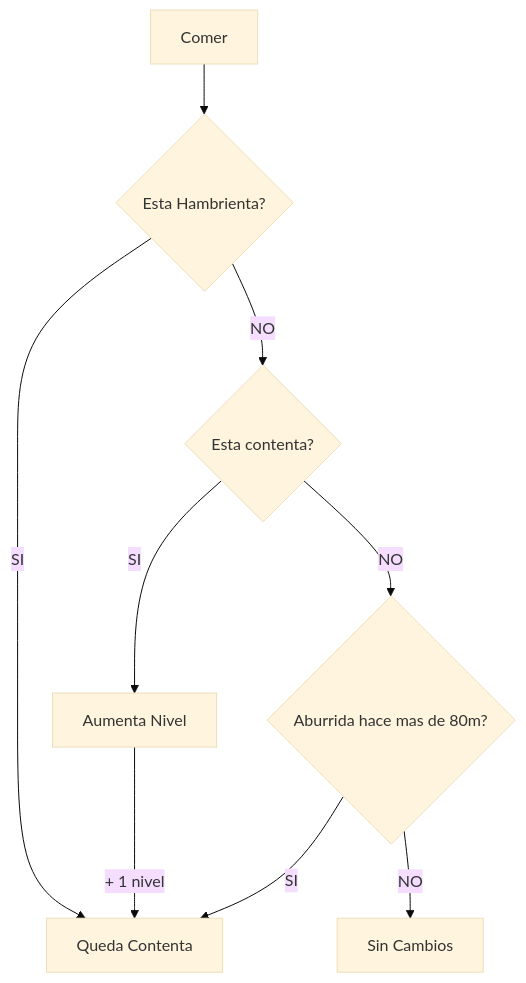
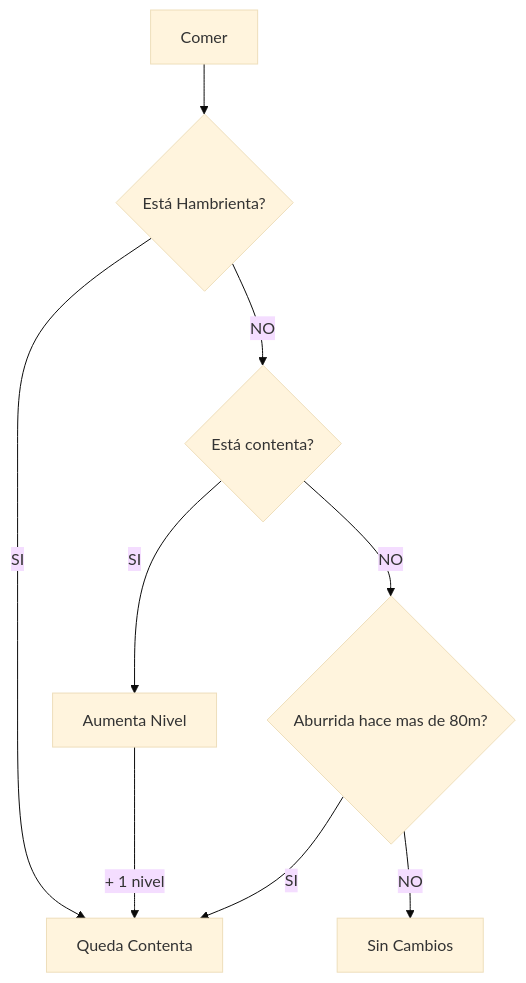
The second of 3 diagrams in CAC/Java Spring 2022 2/Actividades/1 EjercicioNivelatorio/Readme.md (NekroDealsWithIT/sandbox), drawn with Mermaid (base theme) before and after one commit. The commit also changed other lines of this file, not shown here.

````diff
--- a/CAC/Java Spring 2022 2/Actividades/1 EjercicioNivelatorio/Readme.md
+++ b/CAC/Java Spring 2022 2/Actividades/1 EjercicioNivelatorio/Readme.md
@@ -83,22 +87,22 @@
 ```mermaid
 	graph TD
-	    isHungry{Esta Hambrienta?}
-	    isHappy{Esta contenta?}
+	    isHungry{Está Hambrienta?}
+	    isHappy{Está contenta?}
 		isBoredSinceLong{Aburrida hace mas de 80m?}
 
 		aumentaNivel[Aumenta Nivel]
 
 		QUEDA_CONTENTA[Queda Contenta]
 		SIN_CAMBIOS[Sin Cambios]
 		
 		Comer[Comer] --> isHungry
 		isHungry -->|SI| QUEDA_CONTENTA
 		isHungry -->|NO| isHappy
 
 		isHappy -->|SI| aumentaNivel
 		aumentaNivel--> |+ 1 nivel|QUEDA_CONTENTA
 		isHappy -->|NO| isBoredSinceLong
 
 		isBoredSinceLong -->|SI| QUEDA_CONTENTA
 		isBoredSinceLong -->|NO| SIN_CAMBIOS
 ```
````
